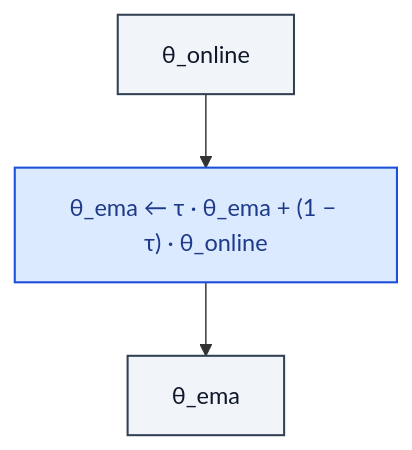
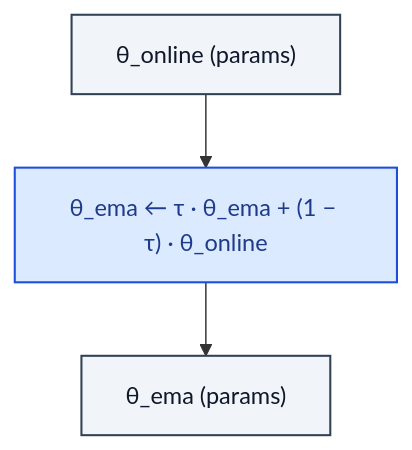
One commit to RealityShifts/Srivastava-book-of-Blocks-diagrams changed the diagram in optimization/EMA.md. Above: the diagram before and after it, drawn with Mermaid. The commit also changed 123 other files, not shown here.

````diff
--- a/optimization/EMA.md
+++ b/optimization/EMA.md
@@ -7,17 +7,18 @@
 ```mermaid
 flowchart TD
-    n0_0["θ_online"]:::io
+    n0_0["θ_online  (params)"]:::io
     n1_0["θ_ema ← τ · θ_ema + (1 − τ) · θ_online"]:::op
-    n2_0["θ_ema"]:::io
+    n2_0["θ_ema  (params)"]:::io
     n0_0 --> n1_0
     n1_0 --> n2_0
     classDef io fill:#f1f5f9,stroke:#334155,stroke-width:1.4px,color:#0f172a
     classDef op fill:#dbeafe,stroke:#1d4ed8,stroke-width:1.4px,color:#1e3a8a
     classDef norm fill:#dcfce7,stroke:#15803d,stroke-width:1.4px,color:#14532d
     classDef act fill:#ffedd5,stroke:#c2410c,stroke-width:1.4px,color:#7c2d12
     classDef attn fill:#ede9fe,stroke:#6d28d9,stroke-width:1.4px,color:#4c1d95
     classDef merge fill:#fef3c7,stroke:#b45309,stroke-width:1.4px,color:#78350f
     classDef emb fill:#fef9c3,stroke:#a16207,stroke-width:1.4px,color:#713f12
     classDef loss fill:#fee2e2,stroke:#b91c1c,stroke-width:1.4px,color:#7f1d1d
     classDef ctrl fill:#f5f5f4,stroke:#52525b,stroke-width:1.4px,color:#27272a
+    classDef ref fill:#e0f2fe,stroke:#0369a1,stroke-width:2px,color:#0c4a6e,stroke-dasharray: 4 2
 ```
````
